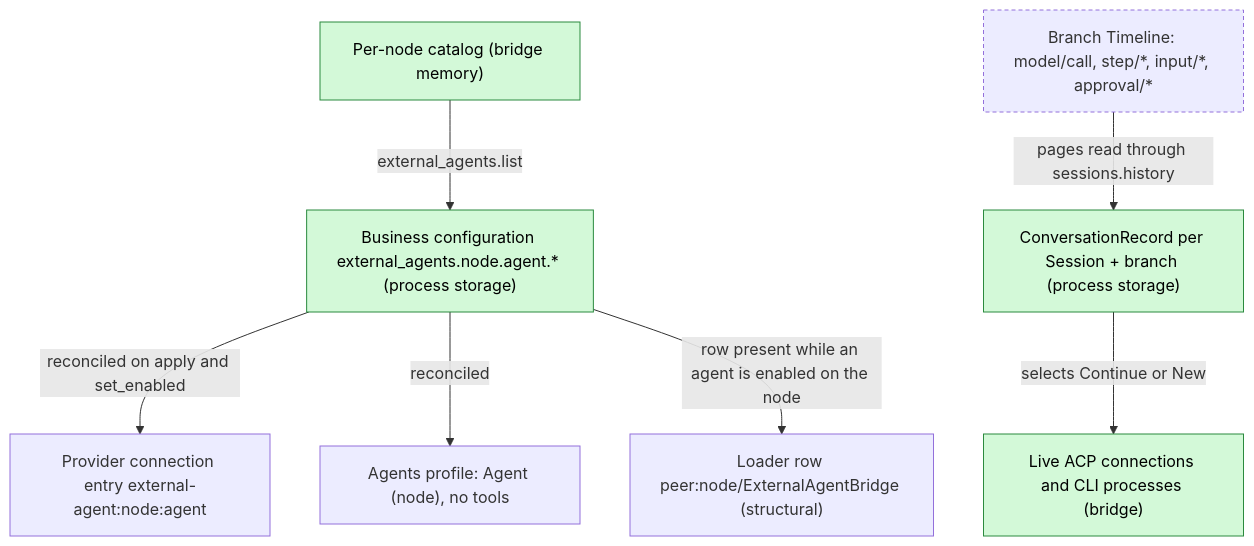
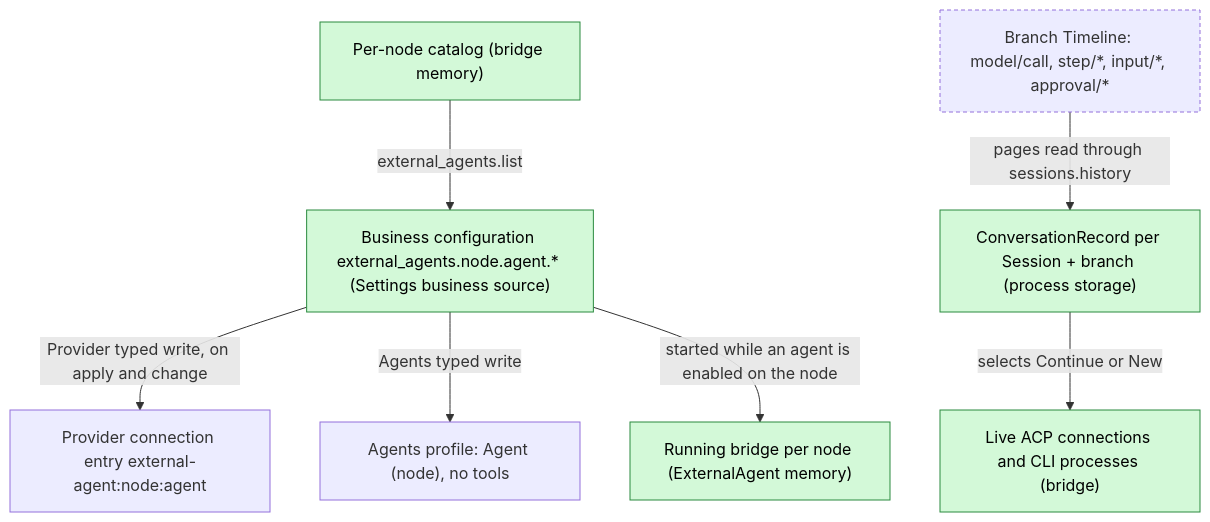
The second of 5 diagrams in docs/design/plugins/ExternalAgent.md (CoutinhoTTS/dim-agent), drawn with Mermaid before and after one commit. The commit also changed other lines of this file and 42 other files, not shown here.

````diff
--- a/docs/design/plugins/ExternalAgent.md
+++ b/docs/design/plugins/ExternalAgent.md
@@ -55,19 +54,19 @@
 ```mermaid
 flowchart TB
   classDef new fill:#d3f9d8,stroke:#2b8a3e,color:#000
   classDef contract stroke-dasharray:4 3
-  Cfg["Business configuration external_agents.node.agent.* (process storage)"]:::new
-  Row["Loader row peer:node/ExternalAgentBridge (structural)"]
+  Cfg["Business configuration external_agents.node.agent.* (Settings business source)"]:::new
+  Br["Running bridge per node (ExternalAgent memory)"]:::new
   Conn["Provider connection entry external-agent:node:agent"]
   Prof["Agents profile: Agent (node), no tools"]
   Rec["ConversationRecord per Session + branch (process storage)"]:::new
   Cat["Per-node catalog (bridge memory)"]:::new
   Live["Live ACP connections and CLI processes (bridge)"]:::new
   TL["Branch Timeline: model/call, step/*, input/*, approval/*"]:::contract
-  Cfg -->|"reconciled on apply and set_enabled"| Conn
-  Cfg -->|"reconciled"| Prof
-  Cfg -->|"row present while an agent is enabled on the node"| Row
+  Cfg -->|"Provider typed write, on apply and change"| Conn
+  Cfg -->|"Agents typed write"| Prof
+  Cfg -->|"started while an agent is enabled on the node"| Br
   TL -->|"pages read through sessions.history"| Rec
   Rec -->|"selects Continue or New"| Live
   Cat -->|"external_agents.list"| Cfg
 ```
````
